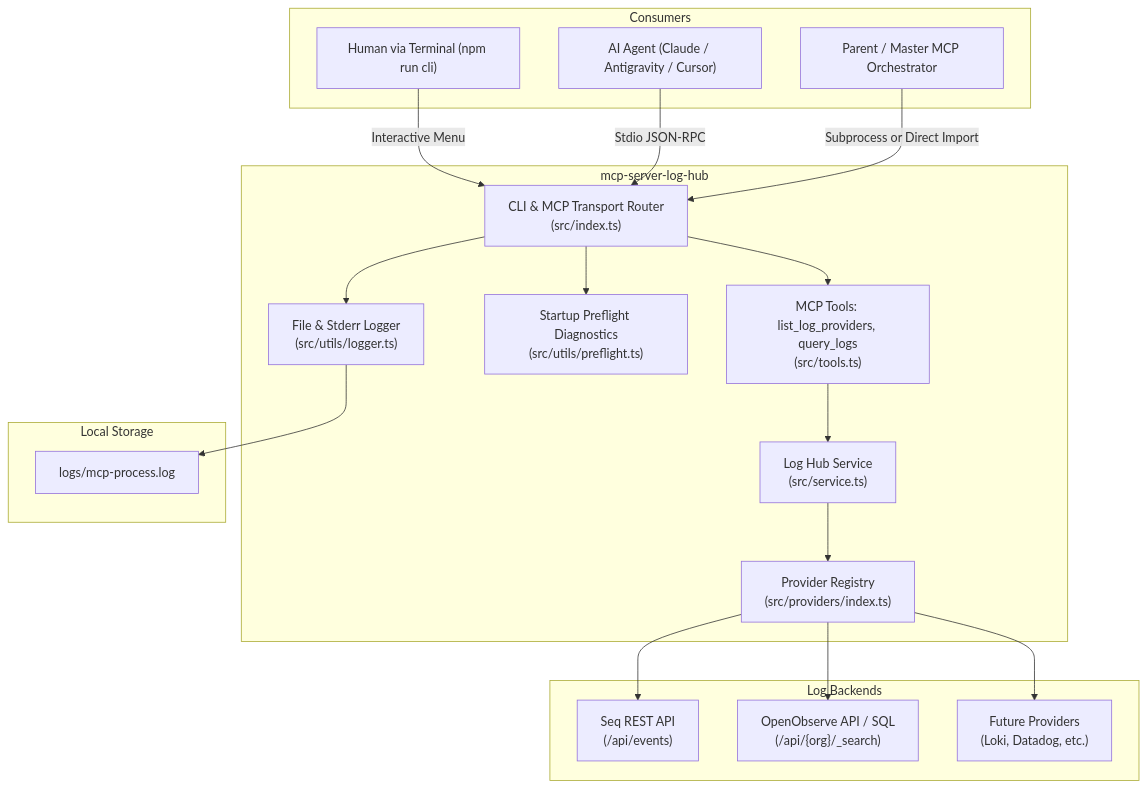
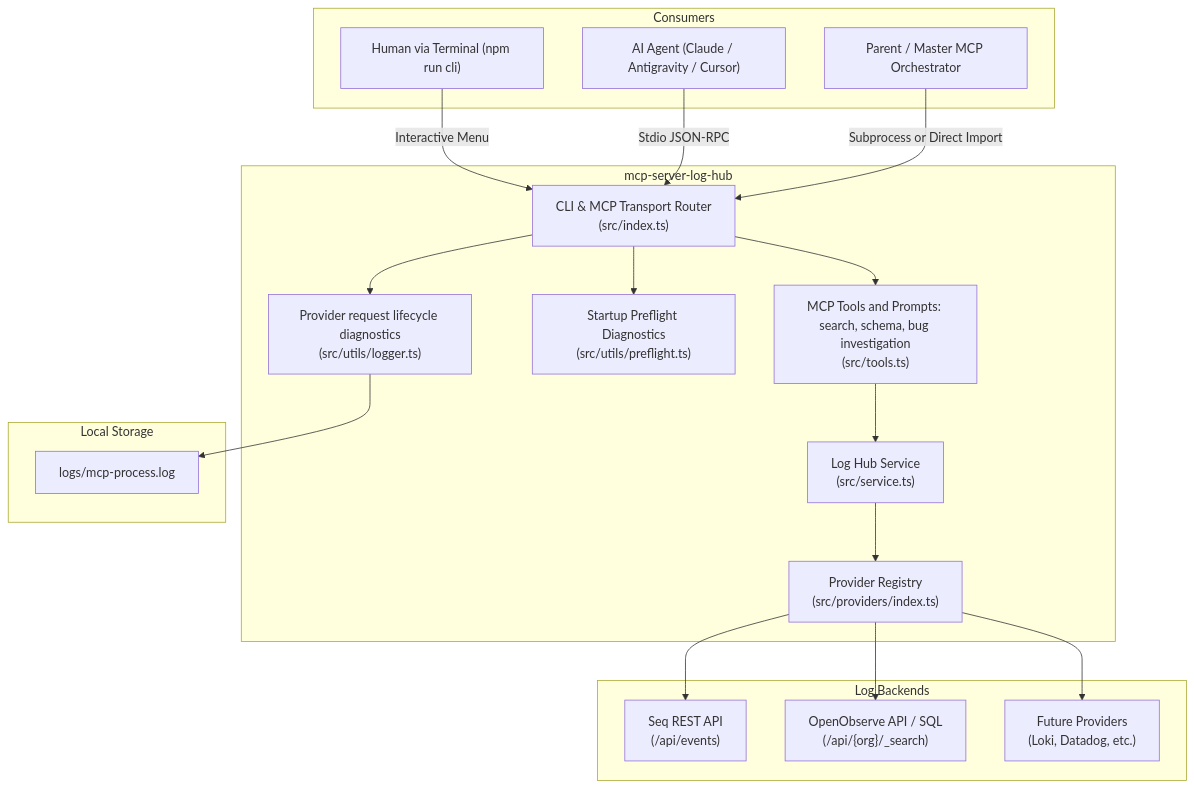
Before and after one commit to Ninh-Duong/mcp-server-log-hub: the diagram in docs/ARCHITECTURE.md, drawn with Mermaid. The commit also changed other lines of this file and 17 other files, not shown here.

````diff
--- a/docs/ARCHITECTURE.md
+++ b/docs/ARCHITECTURE.md
@@ -7,42 +7,42 @@
 ```mermaid
 flowchart TD
     subgraph Clients["Consumers"]
         CLI["Human via Terminal (npm run cli)"]
         AI["AI Agent (Claude / Antigravity / Cursor)"]
         MasterMCP["Parent / Master MCP Orchestrator"]
     end
 
     subgraph CoreHub["mcp-server-log-hub"]
         Router["CLI & MCP Transport Router\n(src/index.ts)"]
-        Tools["MCP Tools: list_log_providers, query_logs\n(src/tools.ts)"]
+        Tools["MCP Tools and Prompts: search, schema, bug investigation\n(src/tools.ts)"]
         Service["Log Hub Service\n(src/service.ts)"]
         Registry["Provider Registry\n(src/providers/index.ts)"]
         Preflight["Startup Preflight Diagnostics\n(src/utils/preflight.ts)"]
-        Logger["File & Stderr Logger\n(src/utils/logger.ts)"]
+        Logger["Provider request lifecycle diagnostics\n(src/utils/logger.ts)"]
     end
 
     subgraph Providers["Log Backends"]
         SeqAPI["Seq REST API\n(/api/events)"]
         ObserveAPI["OpenObserve API / SQL\n(/api/{org}/_search)"]
         FutureAPI["Future Providers\n(Loki, Datadog, etc.)"]
     end
 
     subgraph Storage["Local Storage"]
         LogFile["logs/mcp-process.log"]
     end
 
     CLI -->|Interactive Menu| Router
     AI -->|Stdio JSON-RPC| Router
     MasterMCP -->|Subprocess or Direct Import| Router
 
     Router --> Tools
     Tools --> Service
     Service --> Registry
     Registry --> SeqAPI
     Registry --> ObserveAPI
     Registry --> FutureAPI
 
     Router --> Preflight
     Router --> Logger
     Logger --> LogFile
 ```
````
